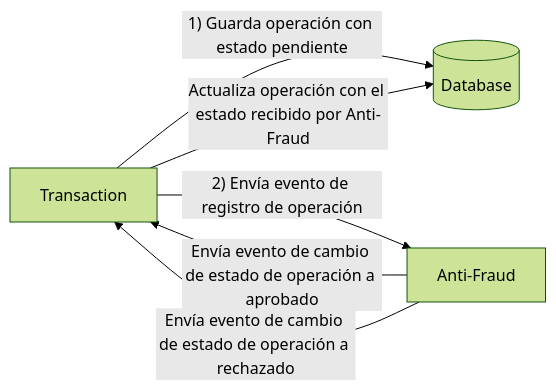
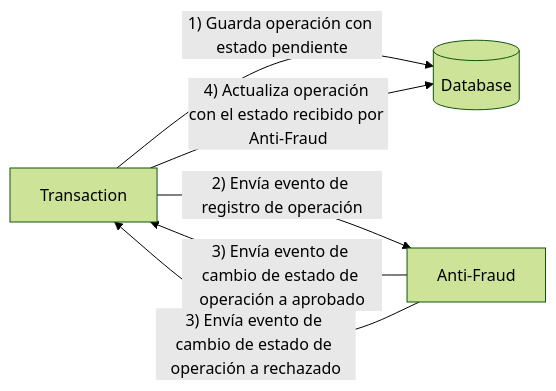
One commit to Interbank-Comercial-MDC/java-code-challenge changed the diagram in README.md. Above: the diagram before and after it, drawn with Mermaid (forest theme).

````diff
--- a/README.md
+++ b/README.md
@@ -24,8 +24,8 @@
 ```mermaid
   flowchart LR
     Transaction -- 1) Guarda operación con estado pendiente --> transactionDatabase[(Database)]
     Transaction -- 2) Envía evento de registro de operación --> Anti-Fraud
-    Anti-Fraud -- Envía evento de cambio de estado de operación a aprobado --> Transaction
-    Anti-Fraud -- Envía evento de cambio de estado de operación a rechazado --> Transaction
-    Transaction -- Actualiza operación con el estado recibido por Anti-Fraud --> transactionDatabase[(Database)]
+    Anti-Fraud -- 3) Envía evento de cambio de estado de operación a aprobado --> Transaction
+    Anti-Fraud -- 3) Envía evento de cambio de estado de operación a rechazado --> Transaction
+    Transaction -- 4) Actualiza operación con el estado recibido por Anti-Fraud --> transactionDatabase[(Database)]
 ```
````
